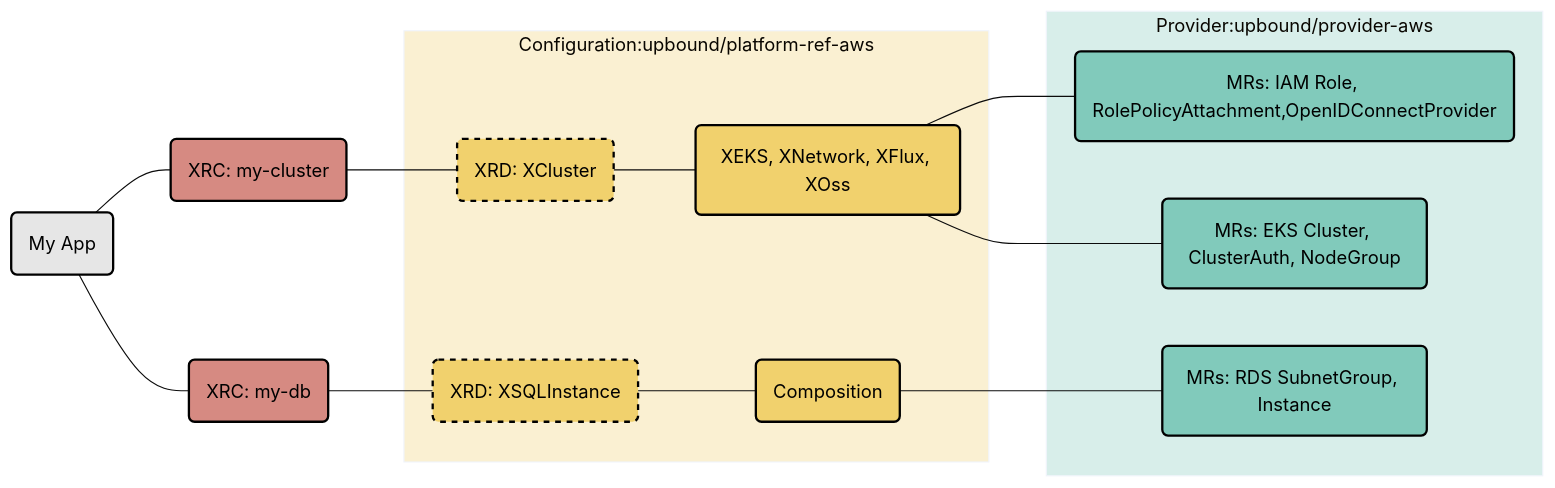
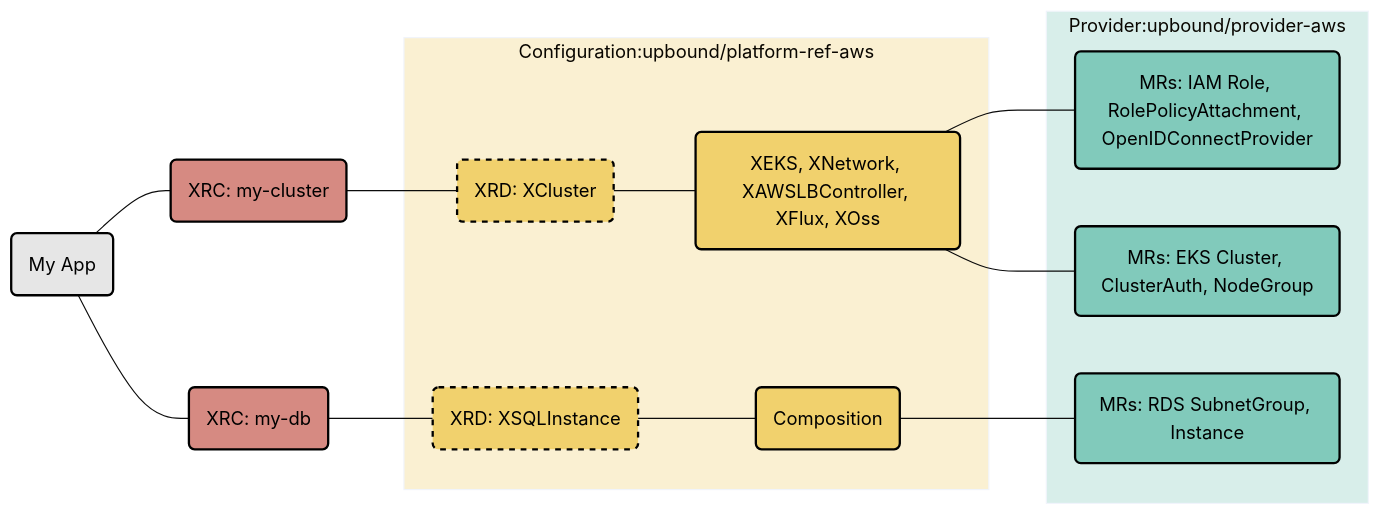
The diagram in README.md (upbound/platform-ref-aws), drawn with Mermaid (base theme) before and after one commit. The commit also changed other lines of this file and 54 other files, not shown here.

````diff
--- a/README.md
+++ b/README.md
@@ -28,30 +37,30 @@
 ```mermaid
 graph LR;
     MyApp(My App)---MyCluster(XRC: my-cluster);
     MyCluster---XRD1(XRD: XCluster);
     MyApp---MyDB(XRC: my-db);
     MyDB---XRD2(XRD: XSQLInstance);
 		subgraph Configuration:upbound/platform-ref-aws;
-	    XRD1---Composition(XEKS, XNetwork, XFlux, XOss);
+	    XRD1---Composition(XEKS, XNetwork, XAWSLBController, XFlux, XOss);
 	    XRD2---Composition2(Composition);
 		end
 		subgraph Provider:upbound/provider-aws
-	    Composition---IAM.MRs(MRs: IAM Role, RolePolicyAttachment,OpenIDConnectProvider);
+	    Composition---IAM.MRs(MRs: IAM Role, RolePolicyAttachment, OpenIDConnectProvider);
 	    Composition---EKS.MRs(MRs: EKS Cluster, ClusterAuth, NodeGroup);
 	    Composition2---RDS.MRs(MRs: RDS SubnetGroup, Instance);
 		end
 
 style MyApp color:#000,fill:#e6e6e6,stroke:#000,stroke-width:2px
 style MyCluster color:#000,fill:#D68A82,stroke:#000,stroke-width:2px
 style MyDB color:#000,fill:#D68A82,stroke:#000,stroke-width:2px
 style Configuration:upbound/platform-ref-aws fill:#f1d16d,opacity:0.3
 style Provider:upbound/provider-aws fill:#81CABB,opacity:0.3
 style XRD1 color:#000,fill:#f1d16d,stroke:#000,stroke-width:2px,stroke-dasharray: 5 5
 style XRD2 color:#000,fill:#f1d16d,stroke:#000,stroke-width:2px,stroke-dasharray: 5 5
 style Composition color:#000,fill:#f1d16d,stroke:#000,stroke-width:2px
 style Composition2 color:#000,fill:#f1d16d,stroke:#000,stroke-width:2px
 
 style IAM.MRs color:#000,fill:#81CABB,stroke:#000,stroke-width:2px
 style EKS.MRs color:#000,fill:#81CABB,stroke:#000,stroke-width:2px
 style RDS.MRs color:#000,fill:#81CABB,stroke:#000,stroke-width:2px
 ```
````
